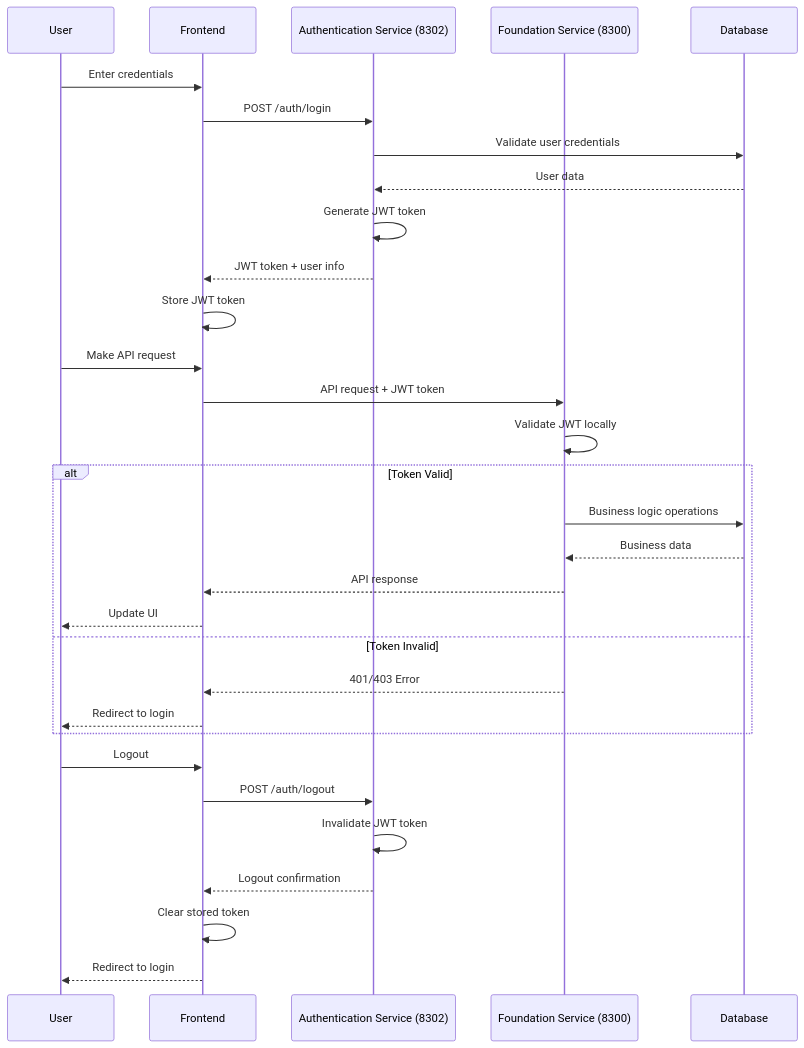
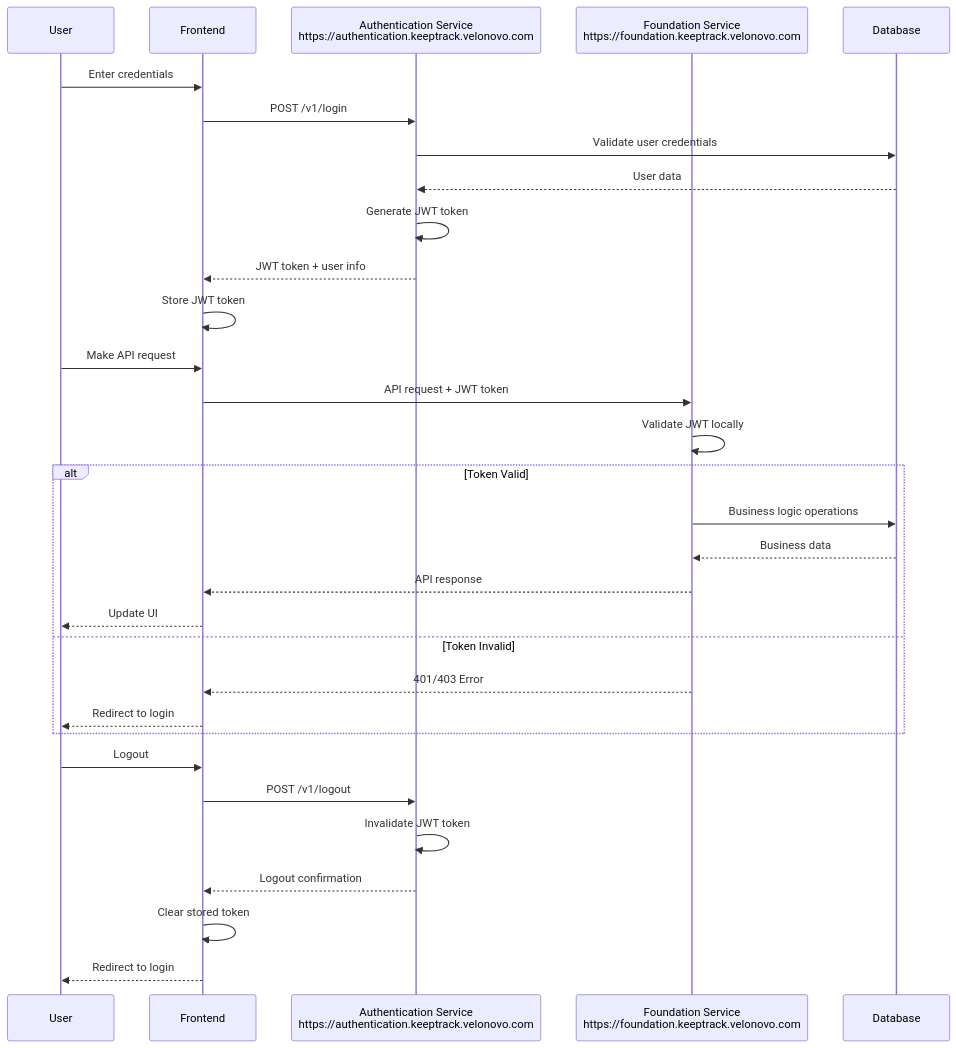
Before and after one commit to keeptracknepal/documentation: the second of 6 diagrams in workflow/authentication/process-flow.md, drawn with Mermaid. The commit also changed other lines of this file, not shown here.

````diff
--- a/workflow/authentication/process-flow.md
+++ b/workflow/authentication/process-flow.md
@@ -62,39 +62,39 @@
 ```mermaid
 sequenceDiagram
     participant U as User
     participant F as Frontend
-    participant A as Authentication Service (8302)
-    participant FO as Foundation Service (8300)
+    participant A as Authentication Service<br/>https://authentication.keeptrack.velonovo.com
+    participant FO as Foundation Service<br/>https://foundation.keeptrack.velonovo.com
     participant D as Database
     
     %% Login Sequence
     U->>F: Enter credentials
-    F->>A: POST /auth/login
+    F->>A: POST /v1/login
     A->>D: Validate user credentials
     D-->>A: User data
     A->>A: Generate JWT token
     A-->>F: JWT token + user info
     F->>F: Store JWT token
     
     %% API Request Sequence
     U->>F: Make API request
     F->>FO: API request + JWT token
     FO->>FO: Validate JWT locally
     alt Token Valid
         FO->>D: Business logic operations
         D-->>FO: Business data
         FO-->>F: API response
         F-->>U: Update UI
     else Token Invalid
         FO-->>F: 401/403 Error
         F-->>U: Redirect to login
     end
     
     %% Logout Sequence
     U->>F: Logout
-    F->>A: POST /auth/logout
+    F->>A: POST /v1/logout
     A->>A: Invalidate JWT token
     A-->>F: Logout confirmation
     F->>F: Clear stored token
     F-->>U: Redirect to login
 ```
````
